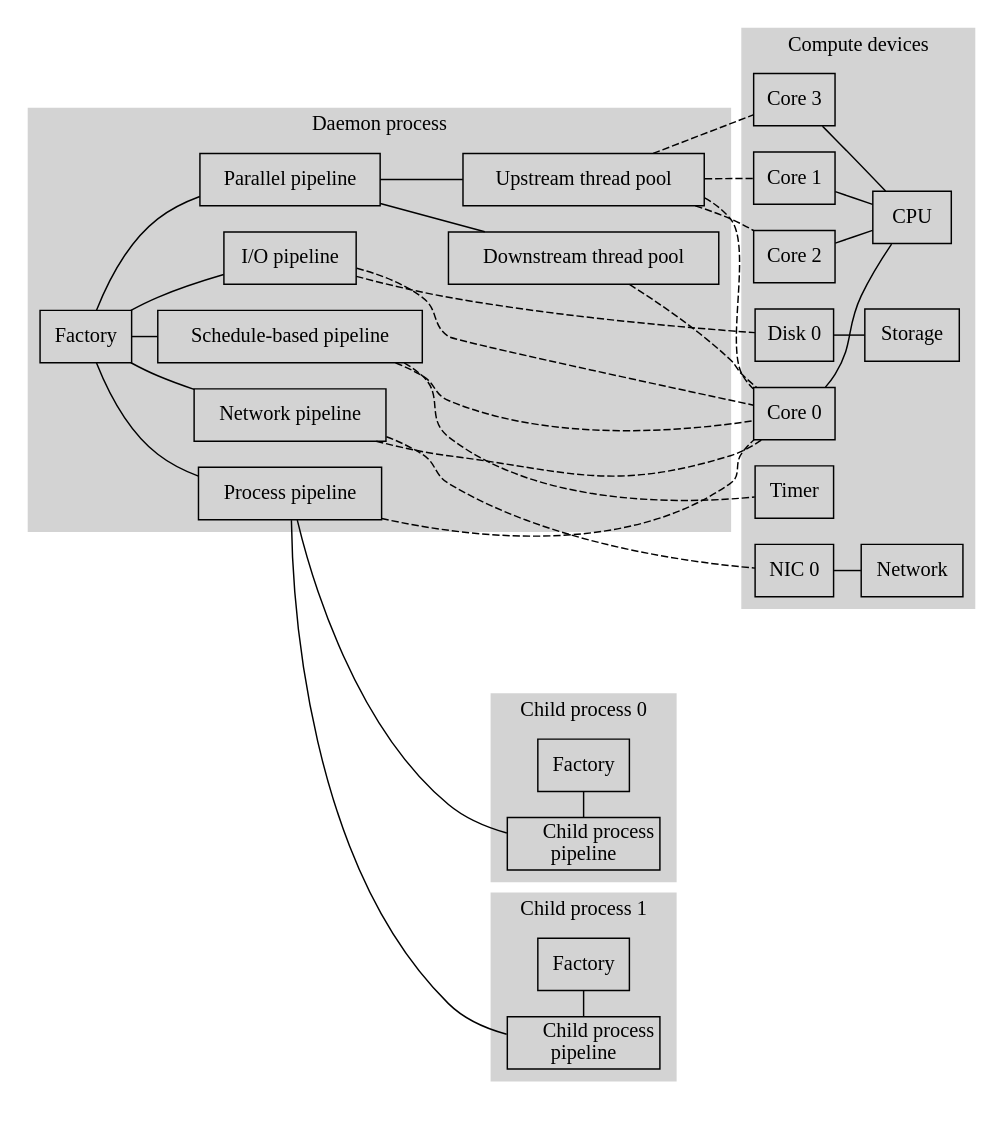
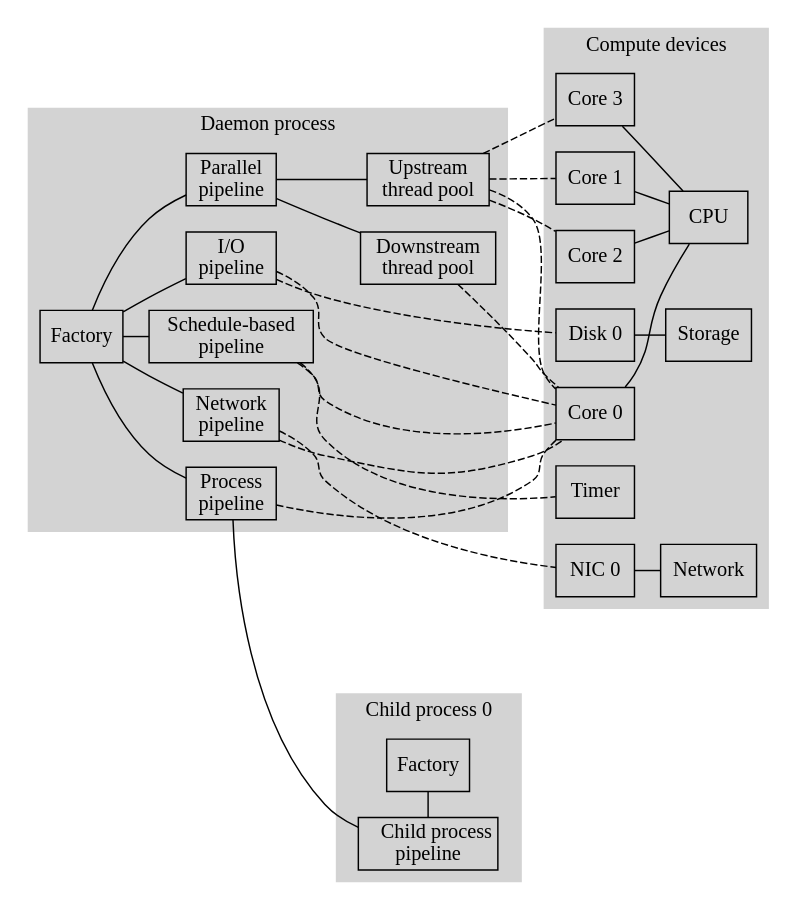
Before and after one commit to igankevich/arma-thesis: the second of 3 diagrams in phd-diss.org, drawn with Graphviz. The commit also changed other lines of this file and 4 other files, not shown here.

```diff
--- a/phd-diss.org
+++ b/phd-diss.org
@@ -1953,7 +1962,7 @@
 #+begin_src dot :exports results :file build/subord-ppl.pdf
 graph G {
 
-  node [fontsize=14,margin="0.055,0",shape=box]
+  node [fontname="Old Standard",fontsize=14,margin="0.055,0",shape=box]
   graph [nodesep="0.25",ranksep="0.25",rankdir="LR"]
   edge [arrowsize=0.66]
 
@@ -1963,14 +1972,14 @@
     color=lightgrey
 
     factory [label="Factory"]
-    parallel_ppl [label="Parallel pipeline"]
-    io_ppl [label="I/O pipeline"]
-    sched_ppl [label="Schedule-based pipeline"]
-    net_ppl [label="Network pipeline"]
-    proc_ppl [label="Process pipeline"]
+    parallel_ppl [label="Parallel\npipeline"]
+    io_ppl [label="I/O\npipeline"]
+    sched_ppl [label="Schedule-based\npipeline"]
+    net_ppl [label="Network\npipeline"]
+    proc_ppl [label="Process\npipeline"]
 
-    upstream [label="Upstream thread pool"]
-    downstream [label="Downstream thread pool"]
+    upstream [label="Upstream\nthread pool"]
+    downstream [label="Downstream\nthread pool"]
   }
 
   factory--parallel_ppl
@@ -2036,22 +2045,22 @@
       app0 [label="Child process\rpipeline"]
     }
 
-    subgraph cluster_child1 {
-      label="Child process 1"
-      style=filled
-      color=lightgrey
-      labeljust=right
-
-      app1_factory [label="Factory"]
-      app1 [label="Child process\rpipeline"]
-    }
+#    subgraph cluster_child1 {
+#      label="Child process 1"
+#      style=filled
+#      color=lightgrey
+#      labeljust=right
+#
+#      app1_factory [label="Factory"]
+#      app1 [label="Child process\rpipeline"]
+#    }
   }
 
   proc_ppl--app0
-  proc_ppl--app1
+#  proc_ppl--app1
 
   app0_factory--app0 [constraint=false]
-  app1_factory--app1 [constraint=false]
+#  app1_factory--app1 [constraint=false]
 
 }
 #+end_src
```
